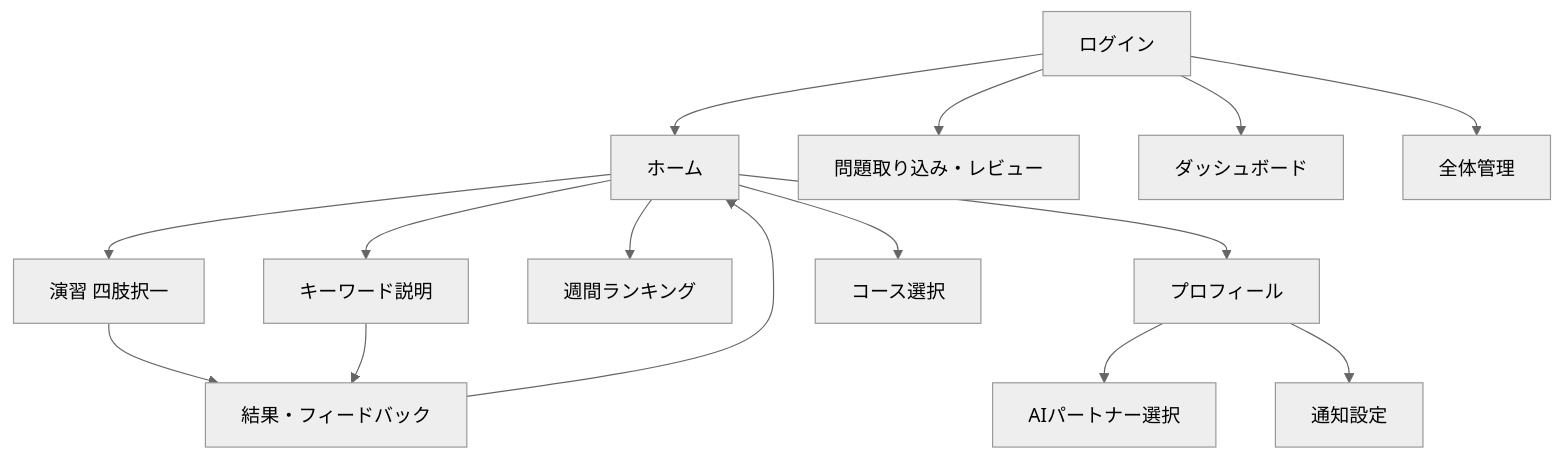
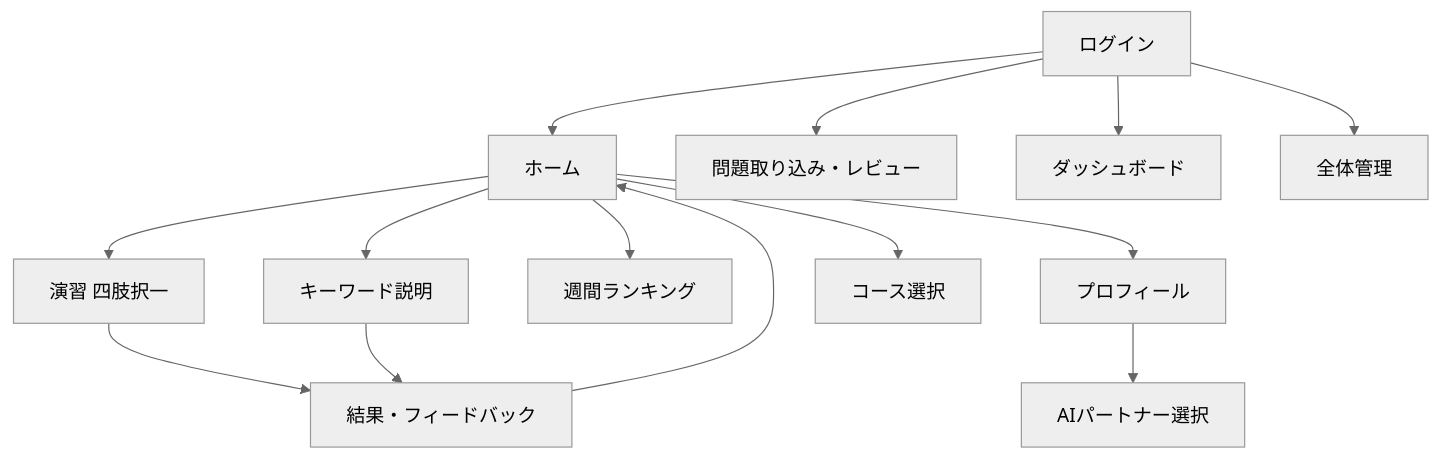
Before and after one commit to pocarialice/rpglearning: the sixth of 10 diagrams in documents/要件定義書_RPG学習アプリ.md, drawn with Mermaid (neutral theme). The commit also changed other lines of this file and 9 other files, not shown here.

````diff
--- a/documents/要件定義書_RPG学習アプリ.md
+++ b/documents/要件定義書_RPG学習アプリ.md
@@ -281,17 +278,16 @@
 ```mermaid
 flowchart TD
   S01[ログイン] --> S02[ホーム]
   S02 --> S04[演習 四肢択一]
   S02 --> S05[キーワード説明]
   S04 --> S06[結果・フィードバック]
   S05 --> S06
   S06 --> S02
   S02 --> S07[週間ランキング]
   S02 --> S08[プロフィール]
   S02 --> S03[コース選択]
   S08 --> S09[AIパートナー選択]
-  S08 --> S10[通知設定]
   S01 --> S11[問題取り込み・レビュー]
   S01 --> S12[ダッシュボード]
   S01 --> S13[全体管理]
 ```
````
